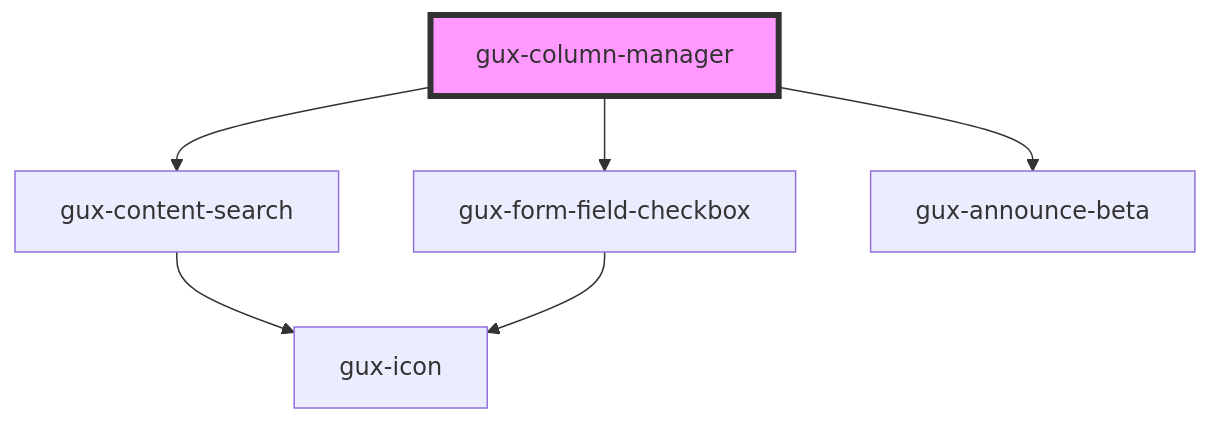
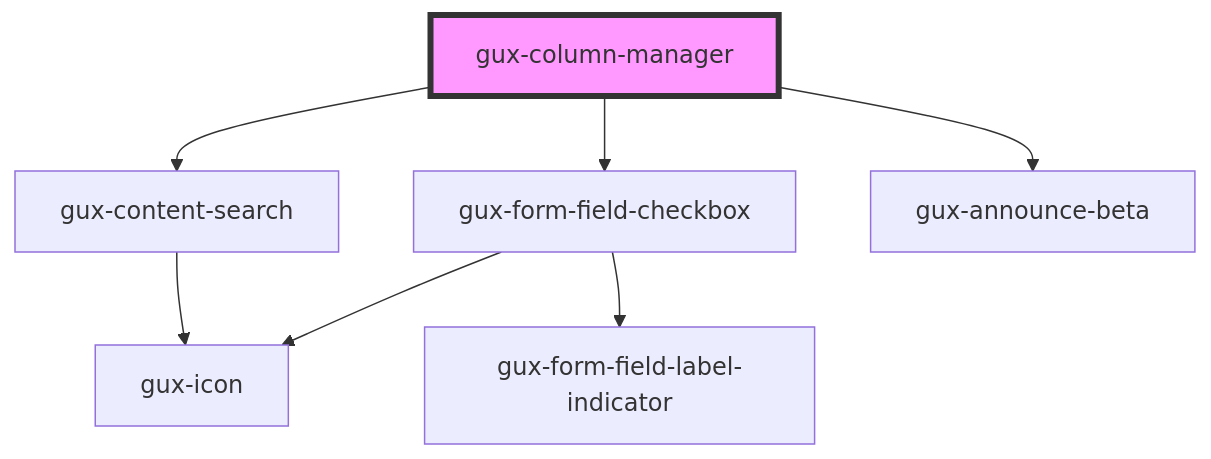
The diagram in packages/genesys-spark-components/src/components/stable/gux-column-manager/readme.md (MyPureCloud/genesys-spark), drawn with Mermaid before and after one commit. The commit also changed 49 other files, not shown here.

First line of the commit message:
feat(other): Add form field optional indicator files

````diff
--- a/packages/genesys-spark-components/src/components/stable/gux-column-manager/readme.md
+++ b/packages/genesys-spark-components/src/components/stable/gux-column-manager/readme.md
@@ -31,9 +31,10 @@
 ```mermaid
 graph TD;
   gux-column-manager --> gux-content-search
   gux-column-manager --> gux-form-field-checkbox
   gux-column-manager --> gux-announce-beta
   gux-content-search --> gux-icon
   gux-form-field-checkbox --> gux-icon
+  gux-form-field-checkbox --> gux-form-field-label-indicator
   style gux-column-manager fill:#f9f,stroke:#333,stroke-width:4px
 ```
````
